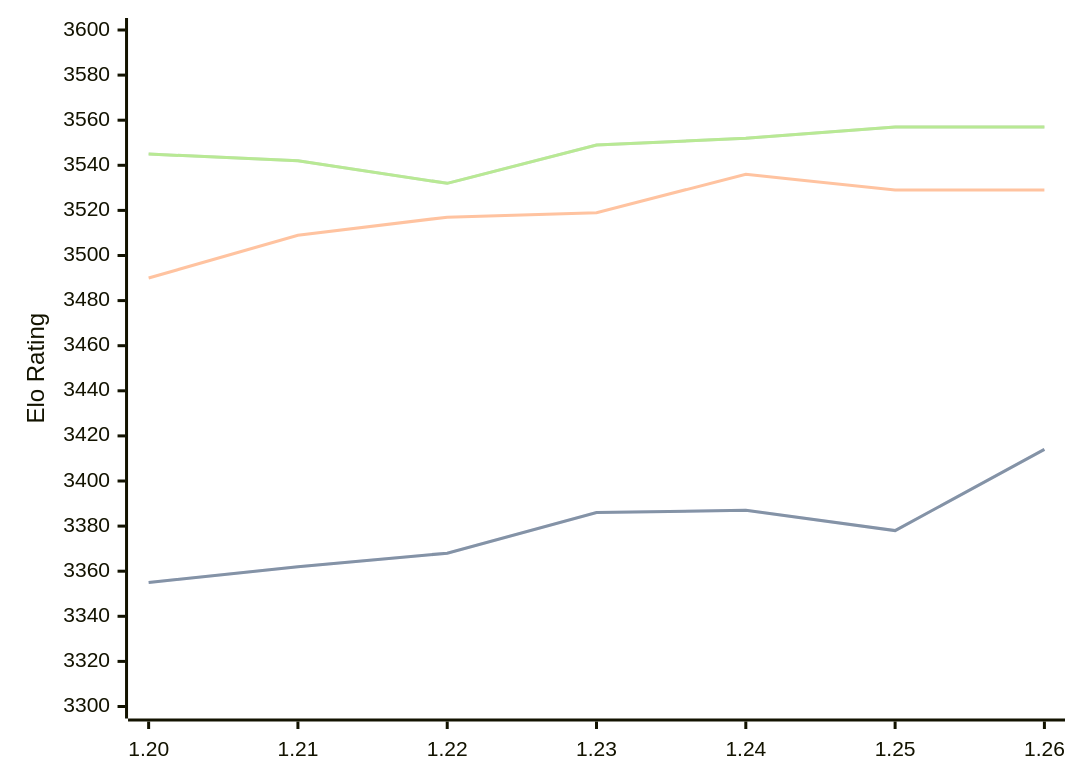
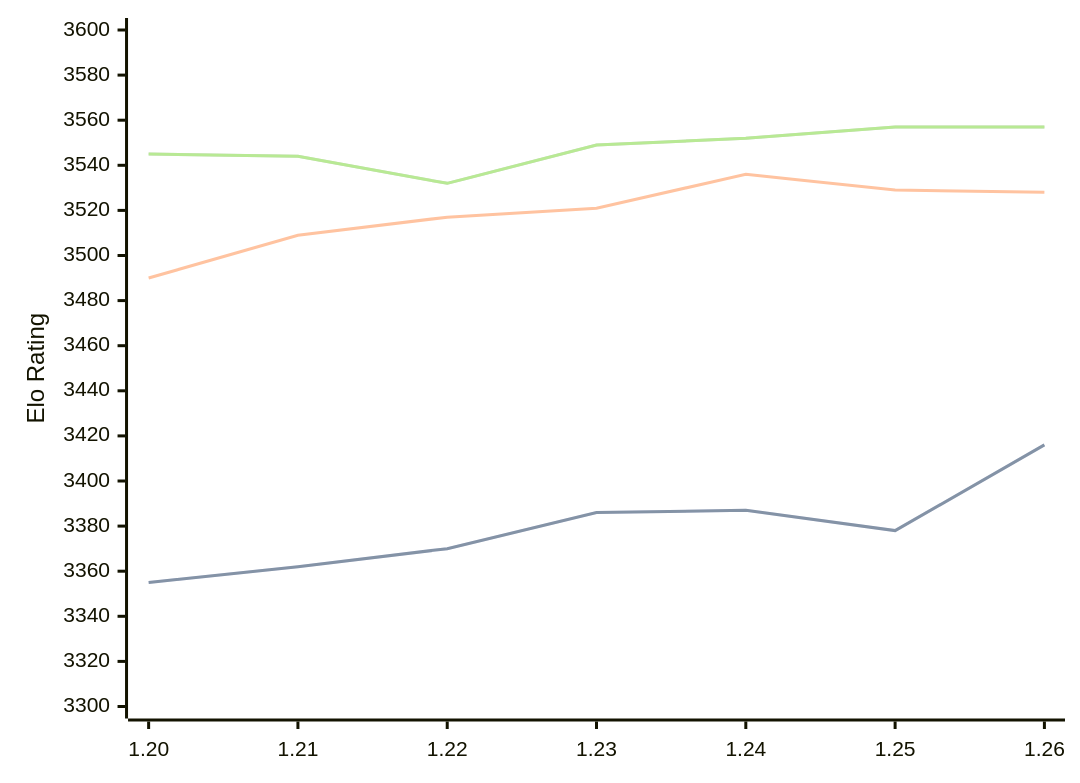
Before and after one commit to computer-chess-index/cci: the diagram in engines/Caissa.md, drawn with Mermaid. The commit also changed other lines of this file, not shown here.

Commit message:
Update CCI Ratings (ELO VLTC) - 2026-08-25

````diff
--- a/engines/Caissa.md
+++ b/engines/Caissa.md
@@ -37,11 +37,11 @@
 ```mermaid
 %%{init: {"theme":"base","themeVariables":{"seriesColors:['#a3a3a3','#222221','#faa371']}}}%%
 xychart-beta
   x-axis ["1.20", "1.21", "1.22", "1.23", "1.24", "1.25", "1.26"]
   y-axis "Elo Rating" 3300 --> 3600
-  line "STC (8.0+0.08s)" [3355, 3362, 3368, 3386, 3387, 3378, 3414]
-  line "STC (8.0+0.08s)" [3355, 3362, 3368, 3386, 3387, 3378, 3414]
-  line "LTC (60.0+0.60s)" [3490, 3509, 3517, 3519, 3536, 3529, 3529]
-  line "VLTC (2m24s+1.12s)" [3545, 3542, 3532, 3549, 3552, 3557, 3557]
-  line "VLTC (2m24s+1.12s)" [3545, 3542, 3532, 3549, 3552, 3557, 3557]
+  line "STC (8.0+0.08s)" [3355, 3362, 3370, 3386, 3387, 3378, 3416]
+  line "STC (8.0+0.08s)" [3355, 3362, 3370, 3386, 3387, 3378, 3416]
+  line "LTC (60.0+0.60s)" [3490, 3509, 3517, 3521, 3536, 3529, 3528]
+  line "VLTC (2m24s+1.12s)" [3545, 3544, 3532, 3549, 3552, 3557, 3557]
+  line "VLTC (2m24s+1.12s)" [3545, 3544, 3532, 3549, 3552, 3557, 3557]
 ```
````
